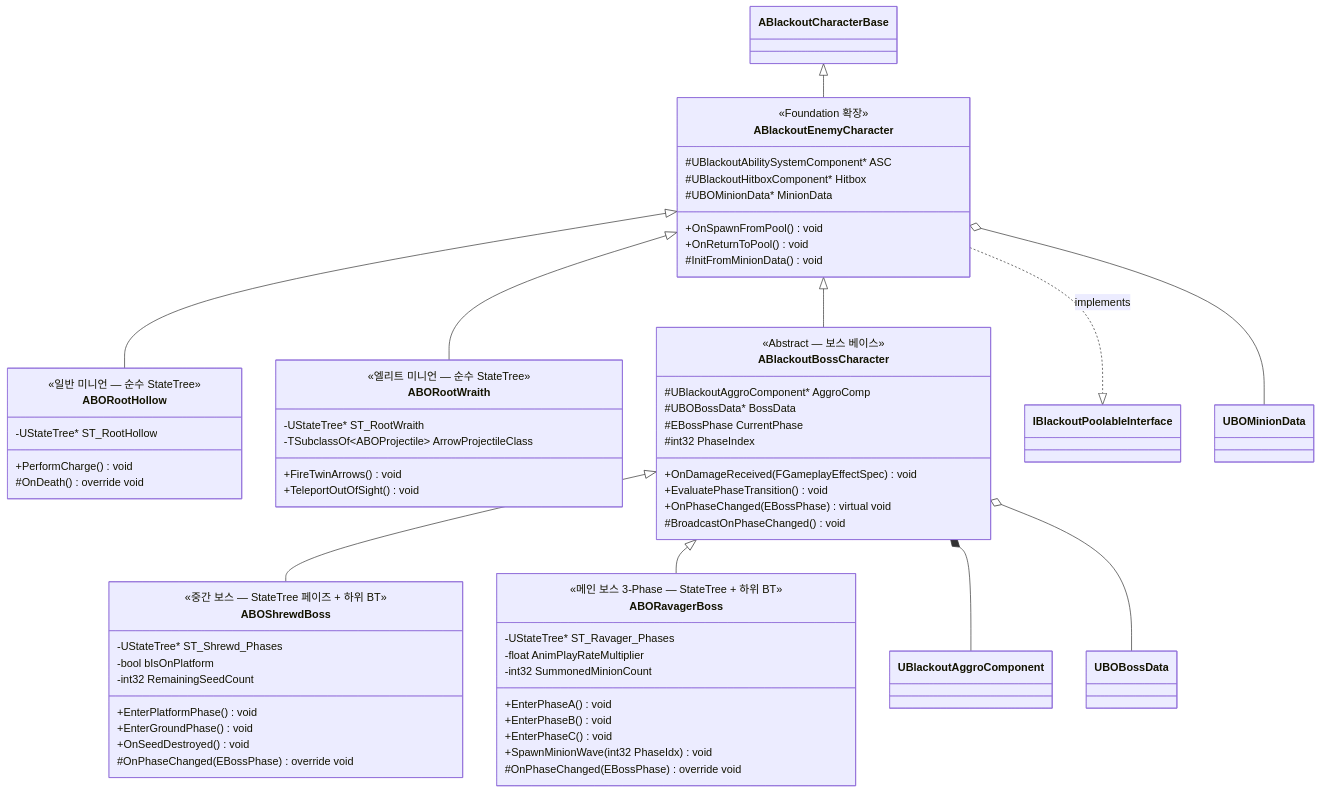
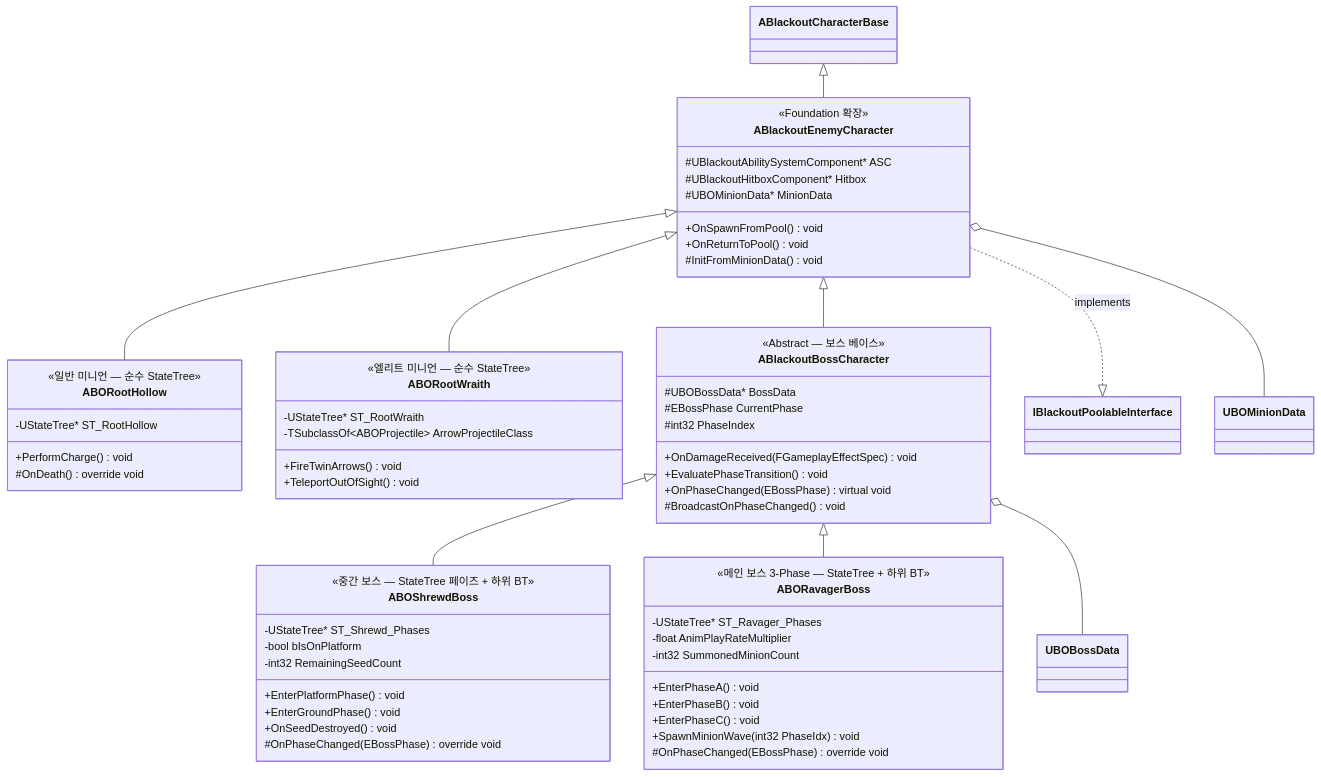
One commit to seongwon1579/ProjectBlackout changed the diagram in Docs/AI_Boss/01_Enemy_Boss_Hierarchy.md. Above: the diagram before and after it, drawn with Mermaid. The commit also changed other lines of this file and 7 other files, not shown here.

````diff
--- a/Docs/AI_Boss/01_Enemy_Boss_Hierarchy.md
+++ b/Docs/AI_Boss/01_Enemy_Boss_Hierarchy.md
@@ -5,77 +5,75 @@
 ```mermaid
 classDiagram
     direction TB
 
     ABlackoutCharacterBase <|-- ABlackoutEnemyCharacter
     ABlackoutEnemyCharacter <|-- ABORootHollow
     ABlackoutEnemyCharacter <|-- ABORootWraith
     ABlackoutEnemyCharacter <|-- ABlackoutBossCharacter
     ABlackoutBossCharacter <|-- ABOShrewdBoss
     ABlackoutBossCharacter <|-- ABORavagerBoss
 
     ABlackoutEnemyCharacter ..|> IBlackoutPoolableInterface : implements
 
     class ABlackoutEnemyCharacter {
         <<Foundation 확장>>
         #UBlackoutAbilitySystemComponent* ASC
         #UBlackoutHitboxComponent* Hitbox
         #UBOMinionData* MinionData
         +OnSpawnFromPool() void
         +OnReturnToPool() void
         #InitFromMinionData() void
     }
 
     class ABORootHollow {
         <<일반 미니언 — 순수 StateTree>>
         -UStateTree* ST_RootHollow
         +PerformCharge() void
         #OnDeath() override void
     }
 
     class ABORootWraith {
         <<엘리트 미니언 — 순수 StateTree>>
         -UStateTree* ST_RootWraith
         -TSubclassOf~ABOProjectile~ ArrowProjectileClass
         +FireTwinArrows() void
         +TeleportOutOfSight() void
     }
 
     class ABlackoutBossCharacter {
         <<Abstract — 보스 베이스>>
-        #UBlackoutAggroComponent* AggroComp
         #UBOBossData* BossData
         #EBossPhase CurrentPhase
         #int32 PhaseIndex
         +OnDamageReceived(FGameplayEffectSpec) void
         +EvaluatePhaseTransition() void
         +OnPhaseChanged(EBossPhase) virtual void
         #BroadcastOnPhaseChanged() void
     }
 
     class ABOShrewdBoss {
         <<중간 보스 — StateTree 페이즈 + 하위 BT>>
         -UStateTree* ST_Shrewd_Phases
         -bool bIsOnPlatform
         -int32 RemainingSeedCount
         +EnterPlatformPhase() void
         +EnterGroundPhase() void
         +OnSeedDestroyed() void
         #OnPhaseChanged(EBossPhase) override void
     }
 
     class ABORavagerBoss {
         <<메인 보스 3-Phase — StateTree + 하위 BT>>
         -UStateTree* ST_Ravager_Phases
         -float AnimPlayRateMultiplier
         -int32 SummonedMinionCount
         +EnterPhaseA() void
         +EnterPhaseB() void
         +EnterPhaseC() void
         +SpawnMinionWave(int32 PhaseIdx) void
         #OnPhaseChanged(EBossPhase) override void
     }
 
-    ABlackoutBossCharacter *-- UBlackoutAggroComponent
     ABlackoutBossCharacter o-- UBOBossData
     ABlackoutEnemyCharacter o-- UBOMinionData
 ```
````
